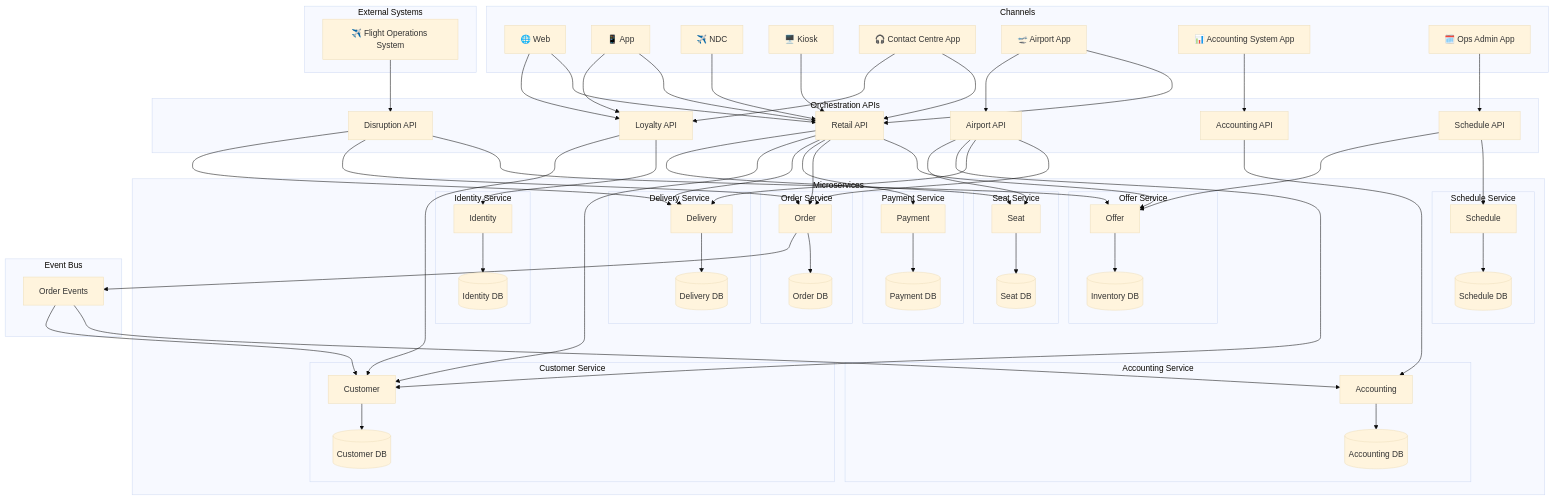
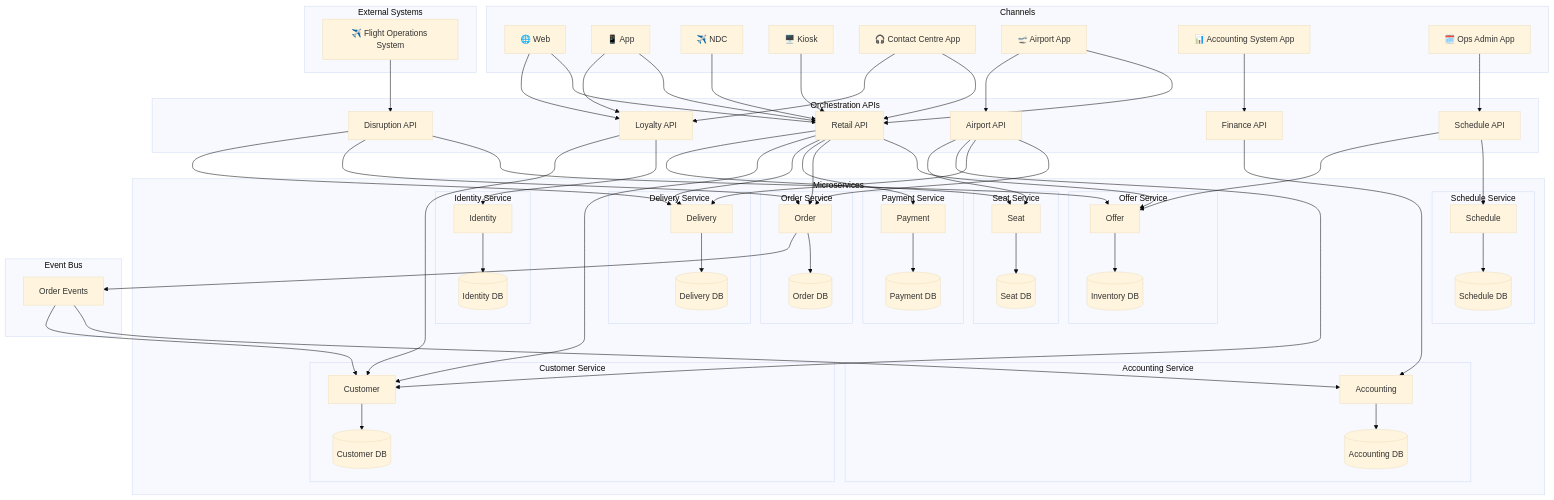
One commit to sebharvey/airline-reservation-system changed the first of 27 diagrams in architecture/design.md. Above: the diagram before and after it, drawn with Mermaid (base theme). The commit also changed other lines of this file, not shown here.

Commit message:
Rename Accounting API to Finance API in architecture docs
Updates the orchestration-layer API name from "Accounting API" to
"Finance API" in architecture/design.md:
- Mermaid node: ACCOUNTING_API[Accounting API] → FINANCE_API[Finance API]
- Edge: ACCT_CH --> ACCOUNTING_API → ACCT_CH --> FINANCE_API
- Edge: ACCOUNTING_API --> ACCOUNTING → FINANCE_API --> ACCOUNTING
- Bullet point in Orchestration APIs list (line 151)

The Accounting microservice, Accounting MS, accounting.* schema,
ACCT_CH node, and event names are unchanged.

https://claude.ai/code/session_01CPY2hy4SfLaifqQhJFD6J8

```diff
--- a/architecture/design.md
+++ b/architecture/design.md
@@ -38,7 +38,7 @@
         RETAIL_API[Retail API]
         LOYALTY_API[Loyalty API]
         AIRPORT_API[Airport API]
-        ACCOUNTING_API[Accounting API]
+        FINANCE_API[Finance API]
         DISRUPTION_API[Disruption API]
         SCHEDULE_API[Schedule API]
     end
@@ -101,14 +101,14 @@
     WEB & APP & NDC & KIOSK & CC & AIRPORT --> RETAIL_API
     WEB & APP & CC --> LOYALTY_API
     AIRPORT --> AIRPORT_API
-    ACCT_CH --> ACCOUNTING_API
+    ACCT_CH --> FINANCE_API
     OPS_APP --> SCHEDULE_API
 
     %% Orchestration → Microservices
     RETAIL_API --> OFFER & ORDER & PAYMENT & DELIVERY & CUSTOMER & SEAT
     LOYALTY_API --> IDENTITY & CUSTOMER
     AIRPORT_API --> ORDER & DELIVERY & CUSTOMER & SEAT
-    ACCOUNTING_API --> ACCOUNTING
+    FINANCE_API --> ACCOUNTING
     DISRUPTION_API --> OFFER & ORDER & DELIVERY
     SCHEDULE_API --> SCHEDULE & OFFER
 
```
